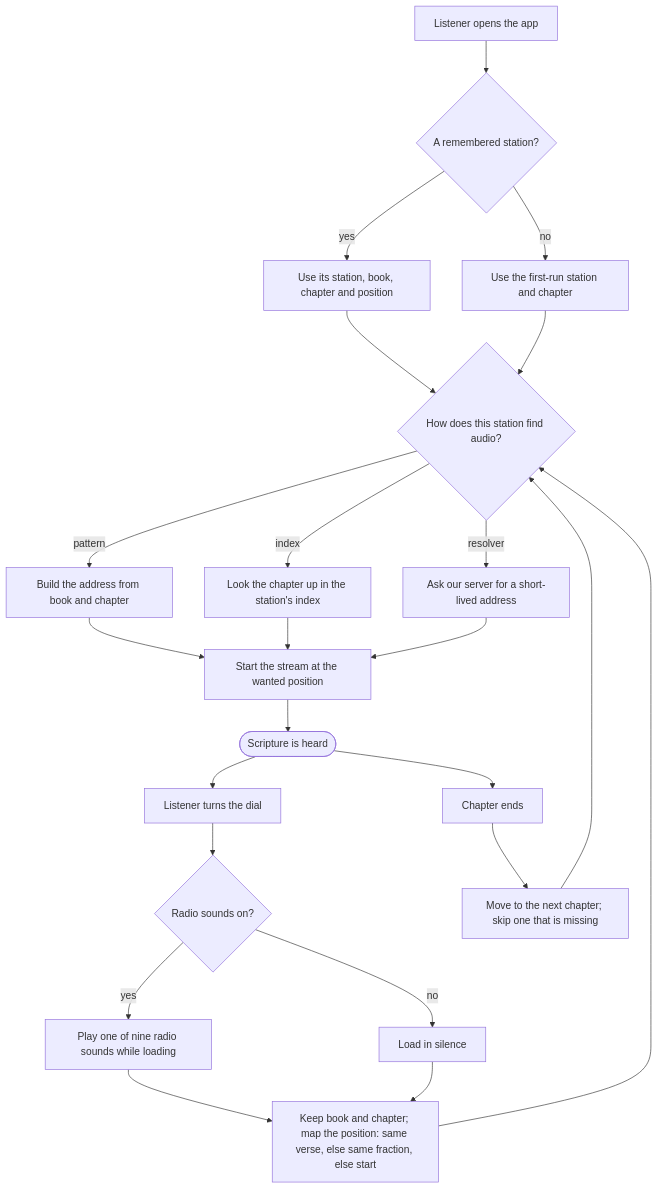
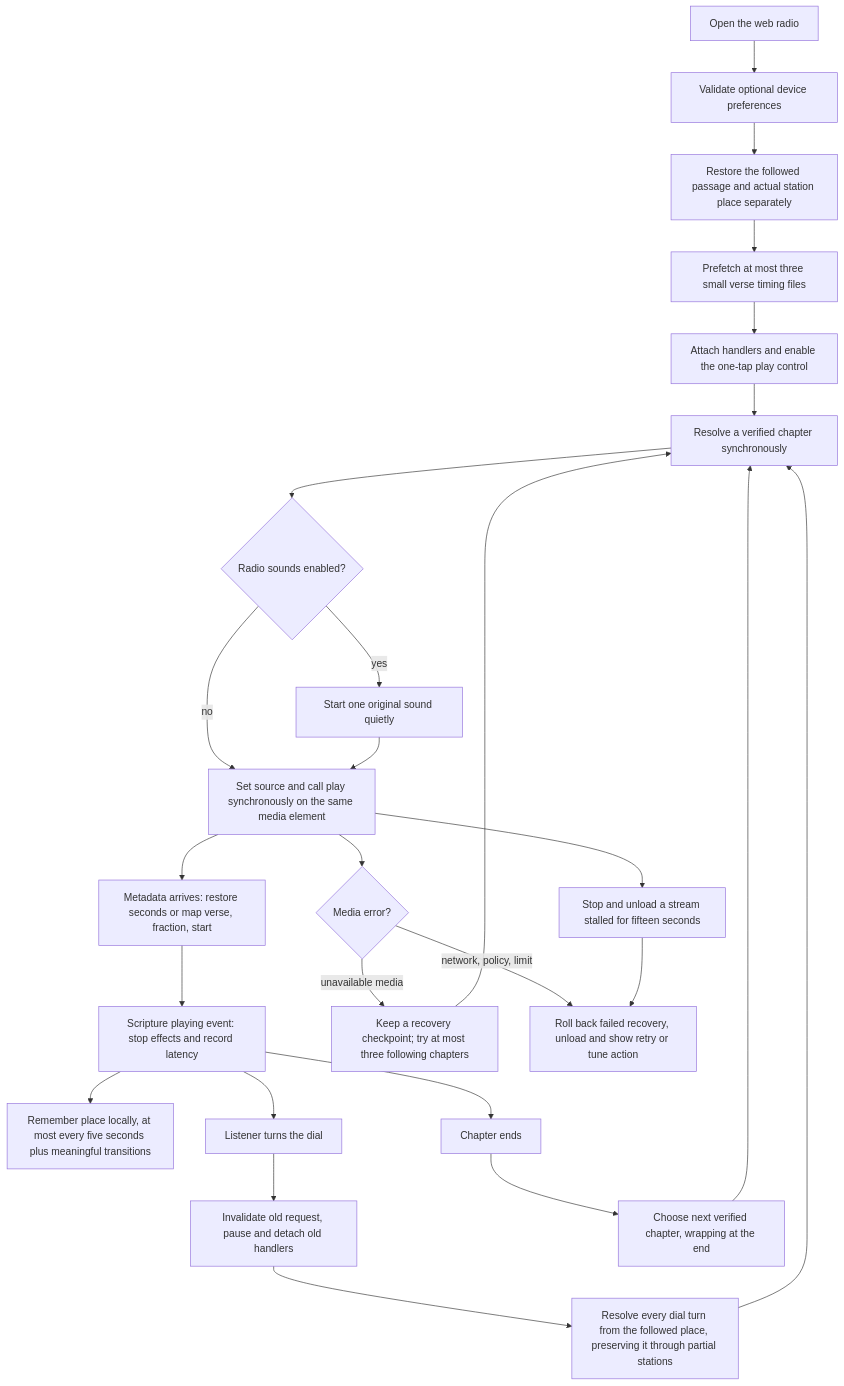
One commit to loveJesus/audiobiblerad.io-chirho changed the diagram in spec-chirho/workflows-chirho/tune_in_workflow_chirho.md. Above: the diagram before and after it, drawn with Mermaid. The commit also changed other lines of this file and 43 other files, not shown here.

First line of the commit message:
Build the multilingual web radio with original sounds chirho

````diff
--- a/spec-chirho/workflows-chirho/tune_in_workflow_chirho.md
+++ b/spec-chirho/workflows-chirho/tune_in_workflow_chirho.md
@@ -8,28 +7,28 @@
 ```mermaid
 flowchart TD
-    open_chirho[Listener opens the app] --> last_chirho{A remembered station?}
-    last_chirho -- yes --> place_chirho[Use its station, book, chapter and position]
-    last_chirho -- no --> first_chirho[Use the first-run station and chapter]
-    place_chirho --> locate_chirho
-    first_chirho --> locate_chirho
-    locate_chirho{How does this station find audio?}
-    locate_chirho -- pattern --> build_chirho[Build the address from book and chapter]
-    locate_chirho -- index --> lookup_chirho[Look the chapter up in the station's index]
-    locate_chirho -- resolver --> ask_chirho[Ask our server for a short-lived address]
-    build_chirho --> play_chirho
-    lookup_chirho --> play_chirho
-    ask_chirho --> play_chirho
-    play_chirho[Start the stream at the wanted position] --> heard_chirho([Scripture is heard])
-
-    heard_chirho --> dial_chirho[Listener turns the dial]
-    dial_chirho --> noise_chirho{Radio sounds on?}
-    noise_chirho -- yes --> static_chirho[Play one of nine radio sounds while loading]
-    noise_chirho -- no --> quiet_chirho[Load in silence]
-    static_chirho --> map_chirho
-    quiet_chirho --> map_chirho
-    map_chirho[Keep book and chapter; map the position: same verse, else same fraction, else start] --> locate_chirho
-
-    heard_chirho --> end_chirho[Chapter ends]
-    end_chirho --> next_chirho[Move to the next chapter; skip one that is missing]
+    open_chirho[Open the web radio] --> memory_chirho[Validate optional device preferences]
+    memory_chirho --> place_chirho[Restore the followed passage and actual station place separately]
+    place_chirho --> timings_chirho[Prefetch at most three small verse timing files]
+    timings_chirho --> tap_chirho[Attach handlers and enable the one-tap play control]
+    tap_chirho --> locate_chirho[Resolve a verified chapter synchronously]
+    locate_chirho --> noise_chirho{Radio sounds enabled?}
+    noise_chirho -- yes --> effects_chirho[Start one original sound quietly]
+    noise_chirho -- no --> play_chirho
+    effects_chirho --> play_chirho[Set source and call play synchronously on the same media element]
+    play_chirho --> metadata_chirho[Metadata arrives: restore seconds or map verse, fraction, start]
+    metadata_chirho --> playing_chirho[Scripture playing event: stop effects and record latency]
+    playing_chirho --> memory_save_chirho[Remember place locally, at most every five seconds plus meaningful transitions]
+    playing_chirho --> turn_chirho[Listener turns the dial]
+    turn_chirho --> cancel_chirho[Invalidate old request, pause and detach old handlers]
+    cancel_chirho --> anchor_chirho[Resolve every dial turn from the followed place, preserving it through partial stations]
+    anchor_chirho --> locate_chirho
+    playing_chirho --> ended_chirho[Chapter ends]
+    ended_chirho --> next_chirho[Choose next verified chapter, wrapping at the end]
     next_chirho --> locate_chirho
+    play_chirho --> error_chirho{Media error?}
+    error_chirho -- unavailable media --> recover_chirho[Keep a recovery checkpoint; try at most three following chapters]
+    recover_chirho --> locate_chirho
+    error_chirho -- network, policy, limit --> stop_chirho[Roll back failed recovery, unload and show retry or tune action]
+    play_chirho --> timeout_chirho[Stop and unload a stream stalled for fifteen seconds]
+    timeout_chirho --> stop_chirho
 ```
````
